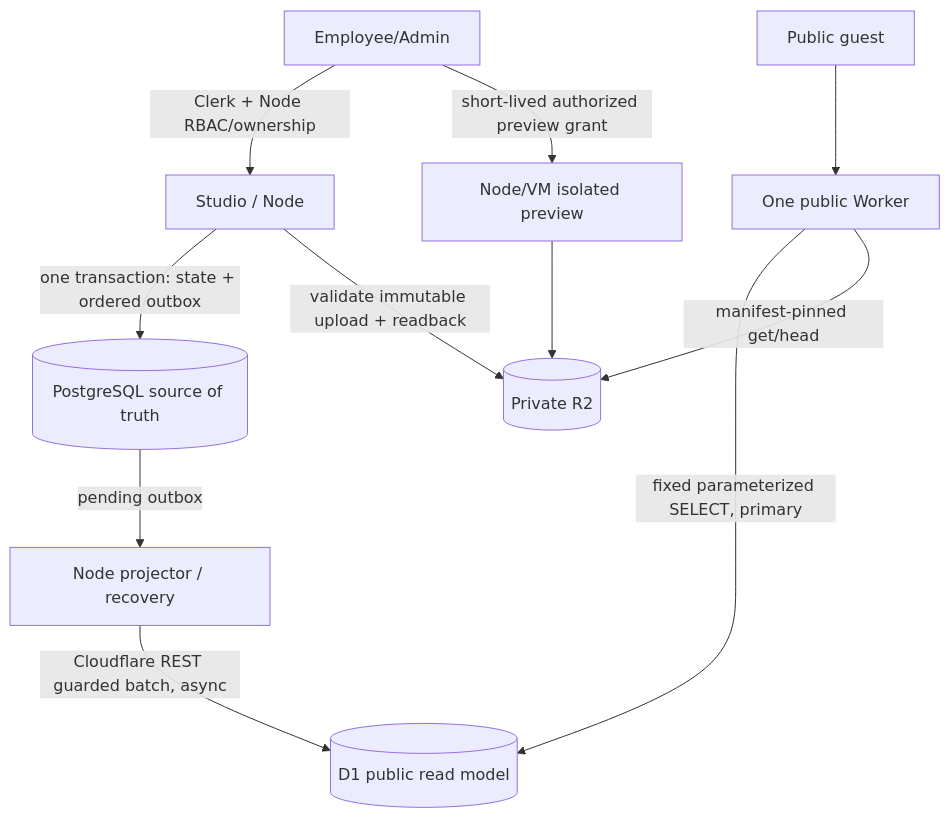
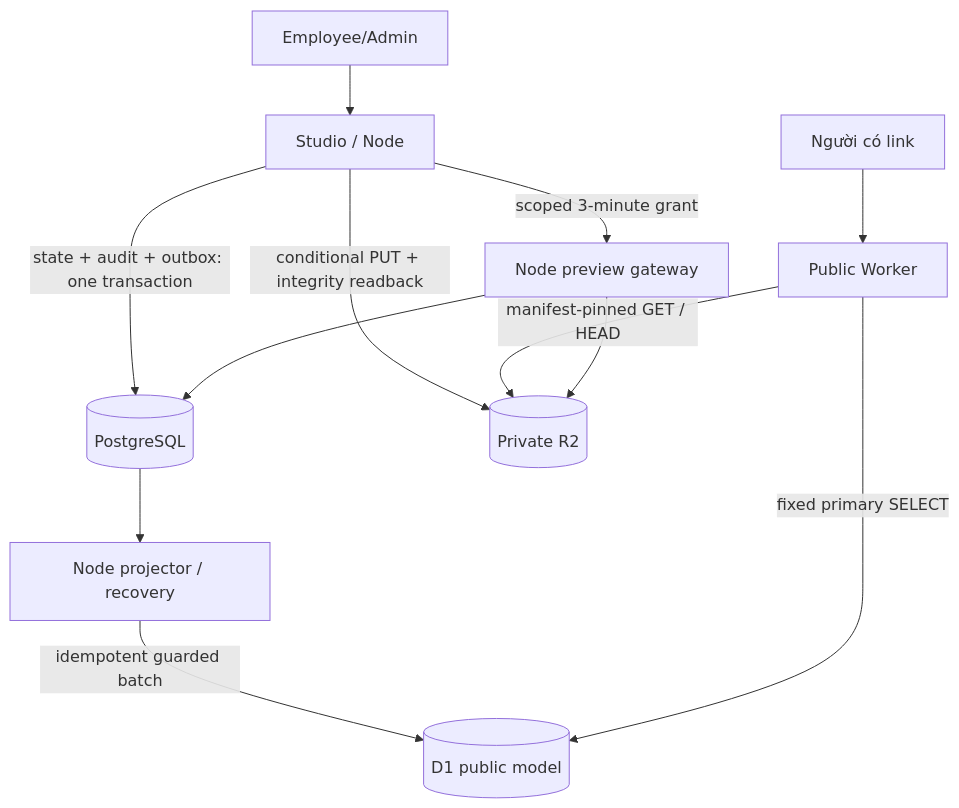
The diagram in docs/ARCHITECTURE.md (cfotel2604/html-share-platform), drawn with Mermaid before and after one commit. The commit also changed other lines of this file and 65 other files, not shown here.

````diff
--- a/docs/ARCHITECTURE.md
+++ b/docs/ARCHITECTURE.md
@@ -7,13 +13,14 @@
 ```mermaid
 flowchart TD
-  E[Employee/Admin] -->|Clerk + Node RBAC/ownership| N[Studio / Node]
-  N -->|one transaction: state + ordered outbox| PG[(PostgreSQL source of truth)]
-  N -->|validate immutable upload + readback| R[(Private R2)]
-  PG -->|pending outbox| J[Node projector / recovery]
-  J -->|Cloudflare REST guarded batch, async| D[(D1 public read model)]
-  G[Public guest] --> W[One public Worker]
-  W -->|fixed parameterized SELECT, primary| D
-  W -->|manifest-pinned get/head| R
-  E -->|short-lived authorized preview grant| P[Node/VM isolated preview]
+  A[Employee/Admin] --> N[Studio / Node]
+  N -->|state + audit + outbox: one transaction| PG[(PostgreSQL)]
+  N -->|conditional PUT + integrity readback| R[(Private R2)]
+  PG --> J[Node projector / recovery]
+  J -->|idempotent guarded batch| D[(D1 public model)]
+  U[Người có link] --> W[Public Worker]
+  W -->|fixed primary SELECT| D
+  W -->|manifest-pinned GET / HEAD| R
+  N -->|scoped 3-minute grant| P[Node preview gateway]
+  P --> PG
   P --> R
 ```
````
